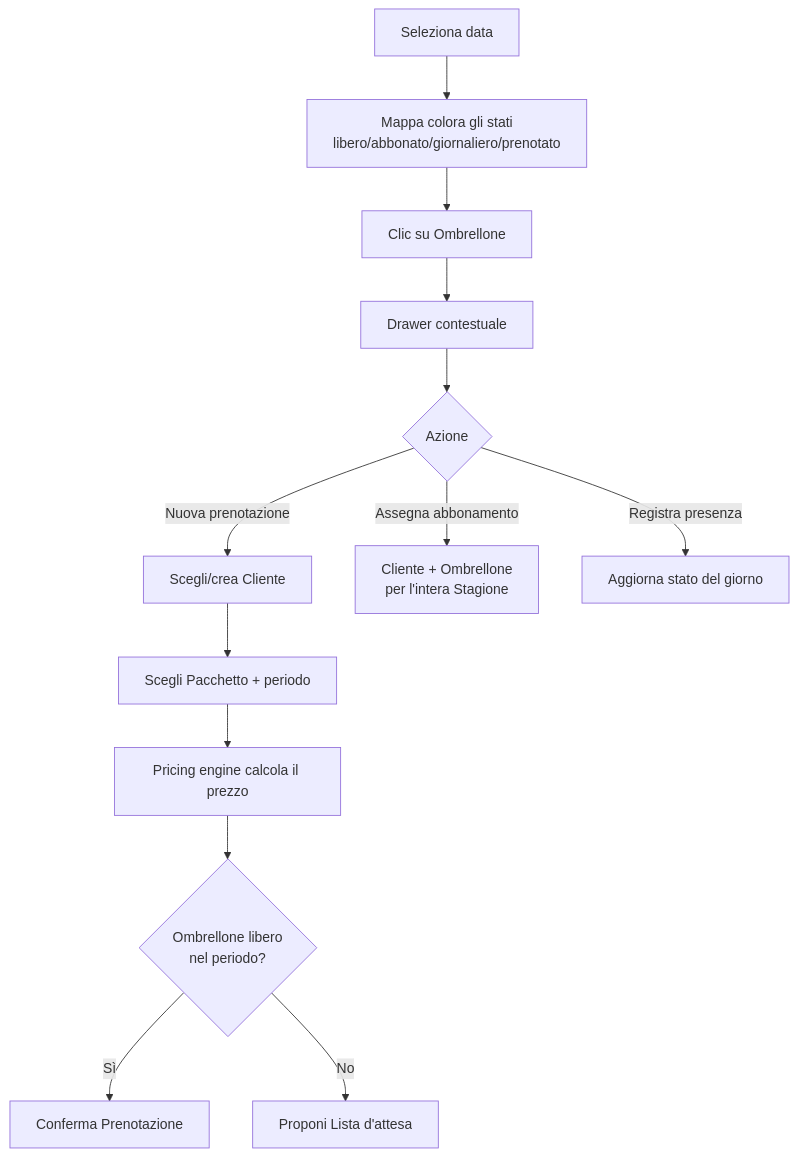
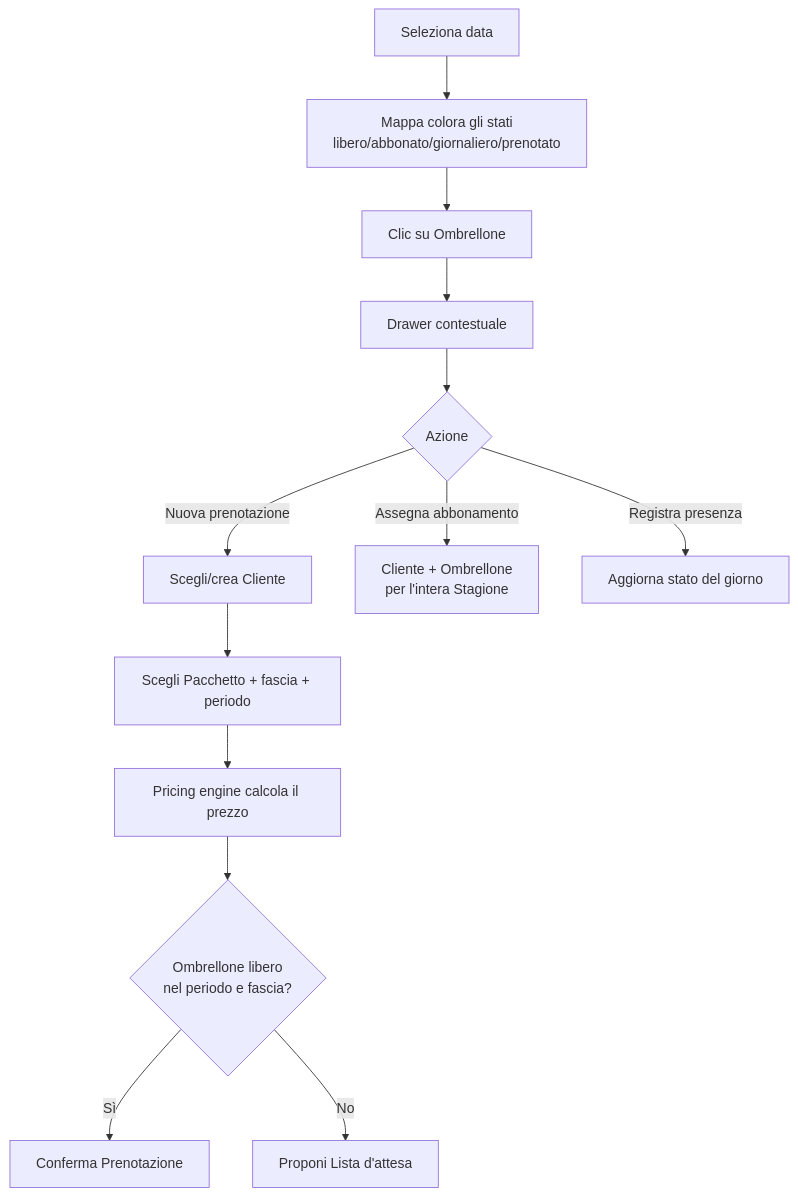
One commit to devfrx/coralyn changed the second of 4 diagrams in docs/design/flows.md. Above: the diagram before and after it, drawn with Mermaid. The commit also changed 5 other files, not shown here.

````diff
--- a/docs/design/flows.md
+++ b/docs/design/flows.md
@@ -21,15 +21,15 @@
 ```mermaid
 flowchart TD
     S[Seleziona data] --> M[Mappa colora gli stati<br/>libero/abbonato/giornaliero/prenotato]
     M --> K[Clic su Ombrellone]
     K --> D[Drawer contestuale]
     D --> A{Azione}
     A -->|Nuova prenotazione| P1[Scegli/crea Cliente]
-    P1 --> P2[Scegli Pacchetto + periodo]
+    P1 --> P2[Scegli Pacchetto + fascia + periodo]
     P2 --> P3[Pricing engine calcola il prezzo]
-    P3 --> P4{Ombrellone libero<br/>nel periodo?}
+    P3 --> P4{Ombrellone libero<br/>nel periodo e fascia?}
     P4 -->|Sì| P5[Conferma Prenotazione]
     P4 -->|No| W[Proponi Lista d'attesa]
     A -->|Assegna abbonamento| AB[Cliente + Ombrellone<br/>per l'intera Stagione]
     A -->|Registra presenza| RP[Aggiorna stato del giorno]
 ```
````
